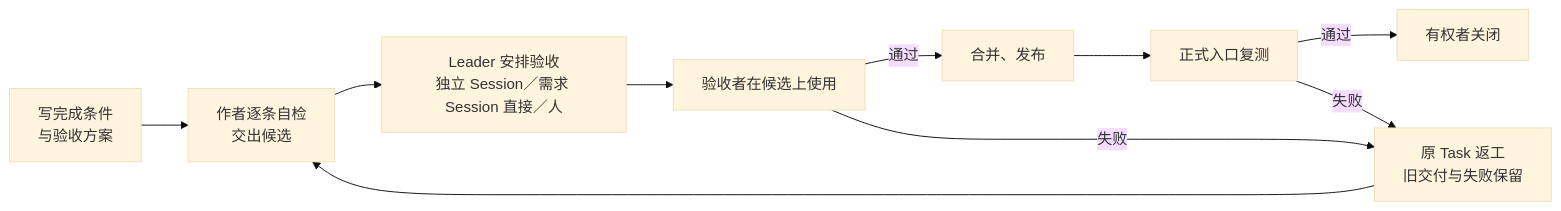
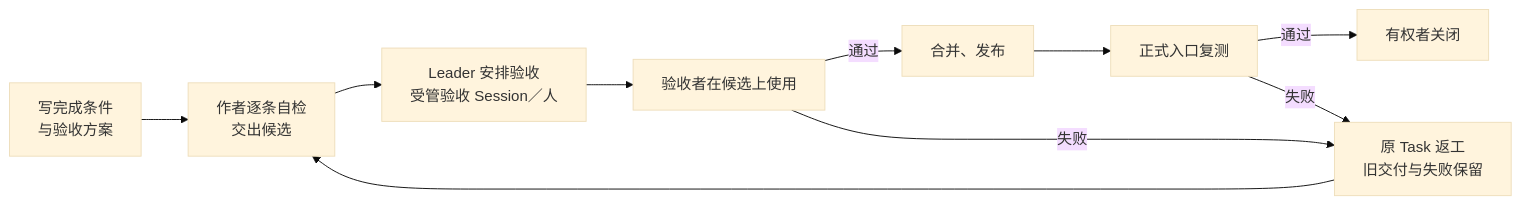
One commit to cyl19970726/evoLoop changed the third of 3 diagrams in docs/product/tasks-and-documents.md. Above: the diagram before and after it, drawn with Mermaid (base theme). The commit also changed other lines of this file and 7 other files, not shown here.

````diff
--- a/docs/product/tasks-and-documents.md
+++ b/docs/product/tasks-and-documents.md
@@ -77,12 +77,12 @@
 ```mermaid
 flowchart LR
   W["写完成条件<br/>与验收方案"] --> C["作者逐条自检<br/>交出候选"]
-  C --> A["Leader 安排验收<br/>独立 Session／需求 Session 直接／人"]
+  C --> A["Leader 安排验收<br/>受管验收 Session／人"]
   A --> U["验收者在候选上使用"]
   U -->|通过| R["合并、发布"]
   R --> F["正式入口复测"]
   F -->|通过| D["有权者关闭"]
   U -->|失败| B["原 Task 返工<br/>旧交付与失败保留"]
   F -->|失败| B
   B --> C
 ```
````
